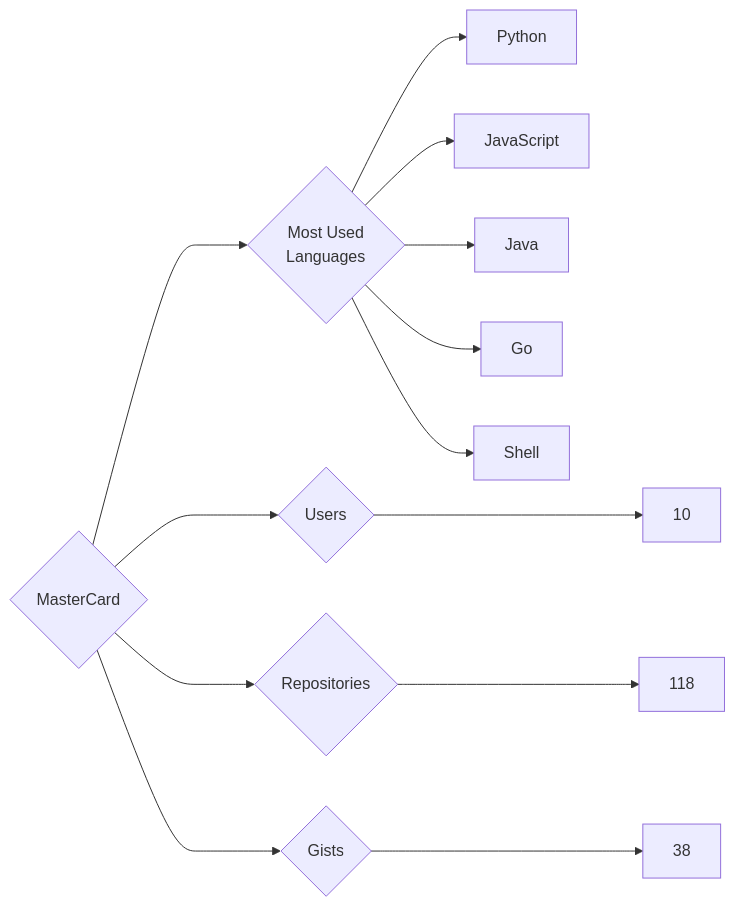
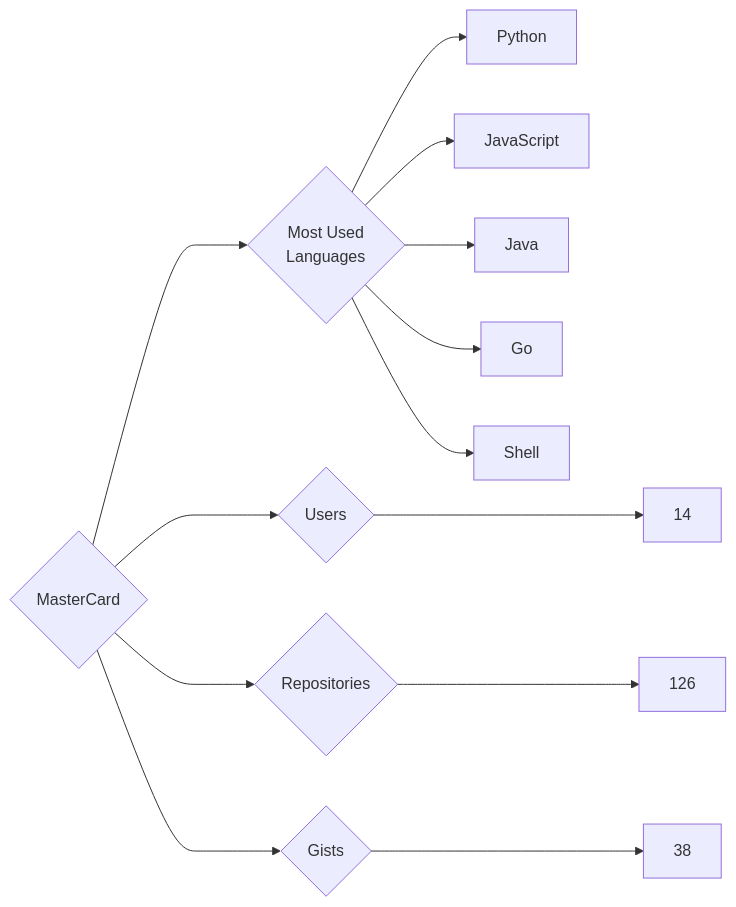
Before and after one commit to trickest/insiders: the diagram in targets/MasterCard/README.md, drawn with Mermaid. The commit also changed 787 other files, not shown here.

````diff
--- a/targets/MasterCard/README.md
+++ b/targets/MasterCard/README.md
@@ -3,13 +3,13 @@
 ```mermaid
 graph LR
 COMPANY_NAME{MasterCard}
-COMPANY_NAME ---> U{Users} ---> UN[10]
-COMPANY_NAME ---> R{Repositories} ---> RN[118]
+COMPANY_NAME ---> U{Users} ---> UN[14]
+COMPANY_NAME ---> R{Repositories} ---> RN[126]
 COMPANY_NAME ---> G{Gists} ---> GN[38]
 COMPANY_NAME ---> ML{Most Used<br>Languages}
 ML --> Python[Python]
 ML --> JavaScript[JavaScript]
 ML --> Java[Java]
 ML --> Go[Go]
 ML --> Shell[Shell]
 ```
````
